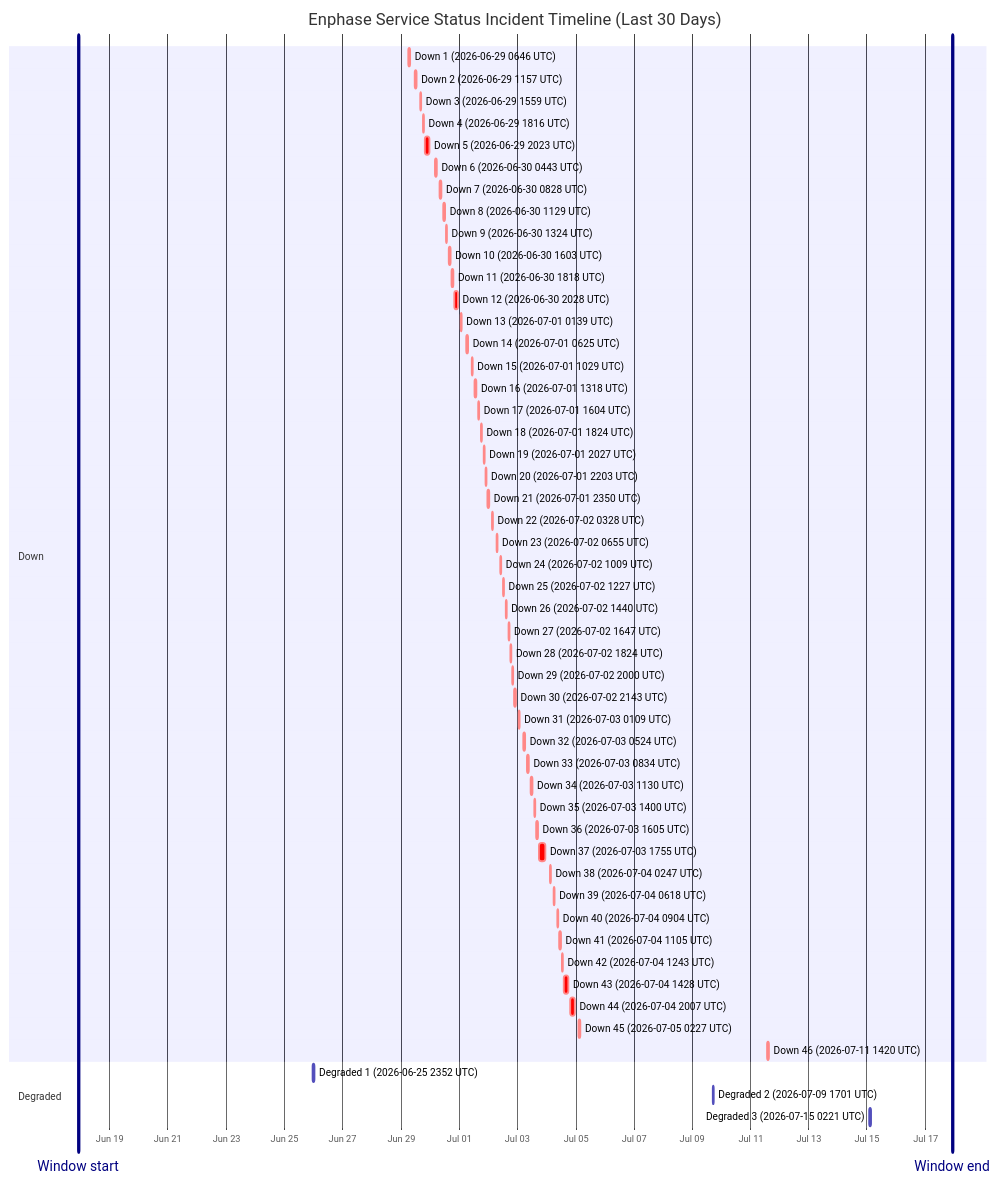
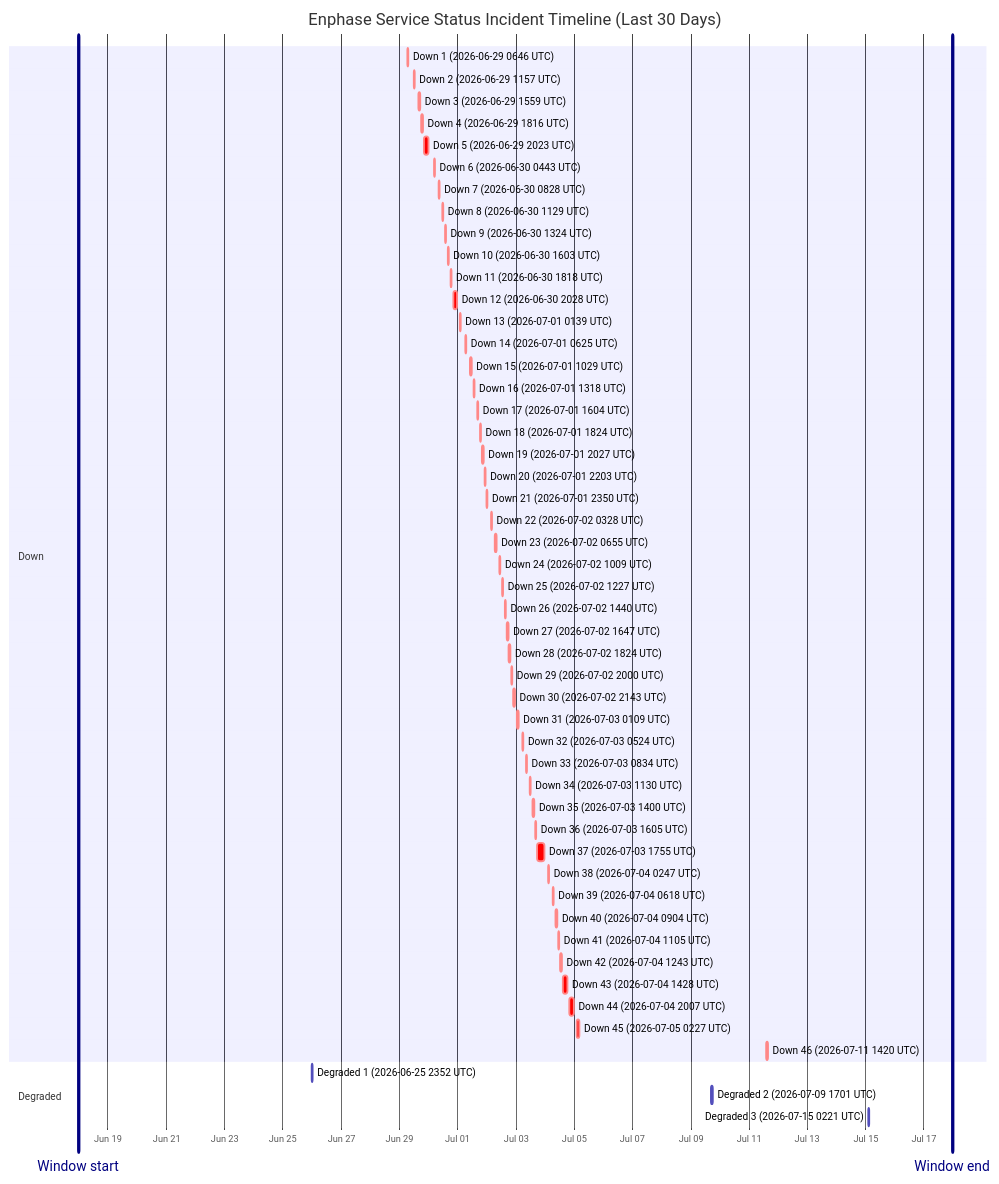
Before and after one commit to barneyonline/ha-enphase-energy: the diagram in wiki/Service-Status-History.md, drawn with Mermaid. The commit also changed other lines of this file and 3 other files, not shown here.

````diff
--- a/wiki/Service-Status-History.md
+++ b/wiki/Service-Status-History.md
@@ -14,59 +14,59 @@
 ```mermaid
 gantt
     title Enphase Service Status Incident Timeline (Last 30 Days)
     dateFormat  YYYY-MM-DDTHH:mm:ss
     axisFormat  %b %d
-    Window start :vert, window-start, 2026-06-17T22:20:20, 0ms
-    Window end :vert, window-end, 2026-07-17T22:20:20, 0ms
+    Window start :vert, window-start, 2026-06-17T23:23:01, 0ms
+    Window end :vert, window-end, 2026-07-17T23:23:01, 0ms
     section Down
     Down 1 (2026-06-29 0646 UTC) :crit, down-1, 2026-06-29T06:46:18, 60m
     Down 2 (2026-06-29 1157 UTC) :crit, down-2, 2026-06-29T11:57:36, 60m
     Down 3 (2026-06-29 1559 UTC) :crit, down-3, 2026-06-29T15:59:02, 60m
     Down 4 (2026-06-29 1816 UTC) :crit, down-4, 2026-06-29T18:16:38, 60m
     Down 5 (2026-06-29 2023 UTC) :crit, down-5, 2026-06-29T20:23:16, 220m
     Down 6 (2026-06-30 0443 UTC) :crit, down-6, 2026-06-30T04:43:54, 60m
     Down 7 (2026-06-30 0828 UTC) :crit, down-7, 2026-06-30T08:28:43, 60m
     Down 8 (2026-06-30 1129 UTC) :crit, down-8, 2026-06-30T11:29:15, 60m
     Down 9 (2026-06-30 1324 UTC) :crit, down-9, 2026-06-30T13:24:25, 60m
     Down 10 (2026-06-30 1603 UTC) :crit, down-10, 2026-06-30T16:03:26, 60m
     Down 11 (2026-06-30 1818 UTC) :crit, down-11, 2026-06-30T18:18:39, 60m
     Down 12 (2026-06-30 2028 UTC) :crit, down-12, 2026-06-30T20:28:54, 171m
     Down 13 (2026-07-01 0139 UTC) :crit, down-13, 2026-07-01T01:39:18, 60m
     Down 14 (2026-07-01 0625 UTC) :crit, down-14, 2026-07-01T06:25:35, 60m
     Down 15 (2026-07-01 1029 UTC) :crit, down-15, 2026-07-01T10:29:24, 60m
     Down 16 (2026-07-01 1318 UTC) :crit, down-16, 2026-07-01T13:18:31, 60m
     Down 17 (2026-07-01 1604 UTC) :crit, down-17, 2026-07-01T16:04:29, 60m
     Down 18 (2026-07-01 1824 UTC) :crit, down-18, 2026-07-01T18:24:21, 60m
     Down 19 (2026-07-01 2027 UTC) :crit, down-19, 2026-07-01T20:27:17, 60m
     Down 20 (2026-07-01 2203 UTC) :crit, down-20, 2026-07-01T22:03:46, 60m
     Down 21 (2026-07-01 2350 UTC) :crit, down-21, 2026-07-01T23:50:52, 60m
     Down 22 (2026-07-02 0328 UTC) :crit, down-22, 2026-07-02T03:28:33, 60m
     Down 23 (2026-07-02 0655 UTC) :crit, down-23, 2026-07-02T06:55:07, 60m
     Down 24 (2026-07-02 1009 UTC) :crit, down-24, 2026-07-02T10:09:15, 60m
     Down 25 (2026-07-02 1227 UTC) :crit, down-25, 2026-07-02T12:27:49, 60m
     Down 26 (2026-07-02 1440 UTC) :crit, down-26, 2026-07-02T14:40:53, 60m
     Down 27 (2026-07-02 1647 UTC) :crit, down-27, 2026-07-02T16:47:47, 60m
     Down 28 (2026-07-02 1824 UTC) :crit, down-28, 2026-07-02T18:24:26, 60m
     Down 29 (2026-07-02 2000 UTC) :crit, down-29, 2026-07-02T20:00:57, 60m
     Down 30 (2026-07-02 2143 UTC) :crit, down-30, 2026-07-02T21:43:52, 80m
     Down 31 (2026-07-03 0109 UTC) :crit, down-31, 2026-07-03T01:09:19, 60m
     Down 32 (2026-07-03 0524 UTC) :crit, down-32, 2026-07-03T05:24:23, 60m
     Down 33 (2026-07-03 0834 UTC) :crit, down-33, 2026-07-03T08:34:05, 60m
     Down 34 (2026-07-03 1130 UTC) :crit, down-34, 2026-07-03T11:30:41, 60m
     Down 35 (2026-07-03 1400 UTC) :crit, down-35, 2026-07-03T14:00:48, 60m
     Down 36 (2026-07-03 1605 UTC) :crit, down-36, 2026-07-03T16:05:49, 60m
     Down 37 (2026-07-03 1755 UTC) :crit, down-37, 2026-07-03T17:55:54, 338m
     Down 38 (2026-07-04 0247 UTC) :crit, down-38, 2026-07-04T02:47:22, 60m
     Down 39 (2026-07-04 0618 UTC) :crit, down-39, 2026-07-04T06:18:09, 60m
     Down 40 (2026-07-04 0904 UTC) :crit, down-40, 2026-07-04T09:04:41, 60m
     Down 41 (2026-07-04 1105 UTC) :crit, down-41, 2026-07-04T11:05:21, 60m
     Down 42 (2026-07-04 1243 UTC) :crit, down-42, 2026-07-04T12:43:25, 60m
     Down 43 (2026-07-04 1428 UTC) :crit, down-43, 2026-07-04T14:28:07, 243m
     Down 44 (2026-07-04 2007 UTC) :crit, down-44, 2026-07-04T20:07:50, 206m
     Down 45 (2026-07-05 0227 UTC) :crit, down-45, 2026-07-05T02:27:32, 109m
     Down 46 (2026-07-11 1420 UTC) :crit, down-46, 2026-07-11T14:20:54, 69m
     section Degraded
     Degraded 1 (2026-06-25 2352 UTC) :active, degraded-1, 2026-06-25T23:52:01, 60m
     Degraded 2 (2026-07-09 1701 UTC) :active, degraded-2, 2026-07-09T17:01:02, 60m
     Degraded 3 (2026-07-15 0221 UTC) :active, degraded-3, 2026-07-15T02:21:35, 60m
 ```
````
